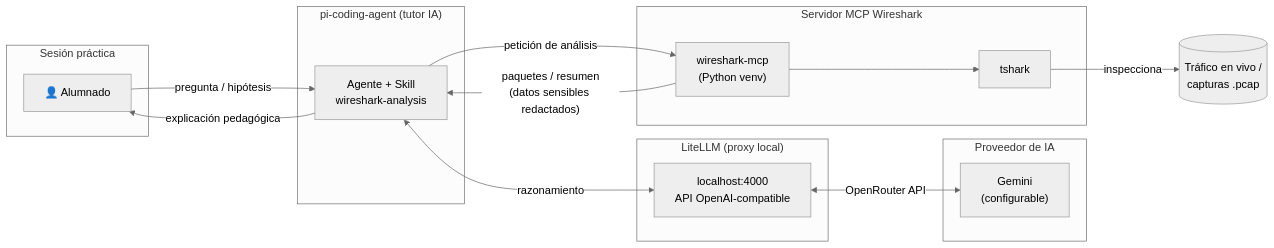
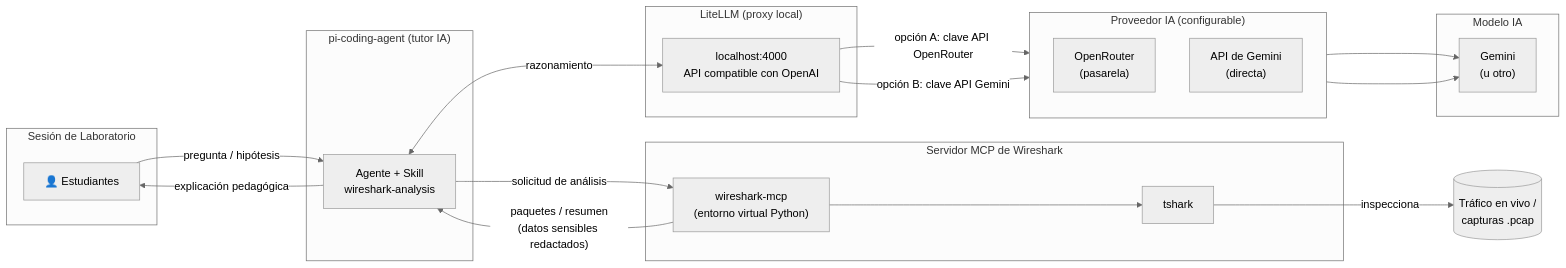
Before and after one commit to linares2002/agent: the diagram in README.es.md, drawn with Mermaid (neutral theme). The commit also changed other lines of this file and 1 other file, not shown here.

````diff
--- a/README.es.md
+++ b/README.es.md
@@ -21,34 +26,43 @@
 ```mermaid
 flowchart LR
-    subgraph Alumno["Sesión práctica"]
-        A["👤 Alumnado"]
+    subgraph Student["Sesión de Laboratorio"]
+        A["👤 Estudiantes"]
     end
 
-    subgraph Agente["pi-coding-agent (tutor IA)"]
+    subgraph Agent["pi-coding-agent (tutor IA)"]
         B["Agente + Skill\nwireshark-analysis"]
     end
 
     subgraph Proxy["LiteLLM (proxy local)"]
-        L["localhost:4000\nAPI OpenAI-compatible"]
+        L["localhost:4000\nAPI compatible con OpenAI"]
     end
 
-    subgraph Proveedor["Proveedor de IA"]
-        C["Gemini\n(configurable)"]
+    subgraph Routing["Proveedor IA (configurable)"]
+        direction TB
+        OR["OpenRouter\n(pasarela)"]
+        GD["API de Gemini\n(directa)"]
     end
 
-    subgraph MCP["Servidor MCP Wireshark"]
-        D["wireshark-mcp\n(Python venv)"]
+    subgraph Model["Modelo IA"]
+        C["Gemini\n(u otro)"]
+    end
+
+    subgraph MCP["Servidor MCP de Wireshark"]
+        D["wireshark-mcp\n(entorno virtual Python)"]
         E["tshark"]
     end
 
     F[("Tráfico en vivo /\ncapturas .pcap")]
 
     A -- "pregunta / hipótesis" --> B
     B -- "explicación pedagógica" --> A
     B <-- "razonamiento" --> L
-    L <-- "OpenRouter API" --> C
-    B -- "petición de análisis" --> D
+    L -- "opción A: clave API OpenRouter" --> OR
+    L -- "opción B: clave API Gemini" --> GD
+    OR --> C
+    GD --> C
+    B -- "solicitud de análisis" --> D
     D --> E
     E -- "inspecciona" --> F
     D -- "paquetes / resumen\n(datos sensibles redactados)" --> B
 ```
````
